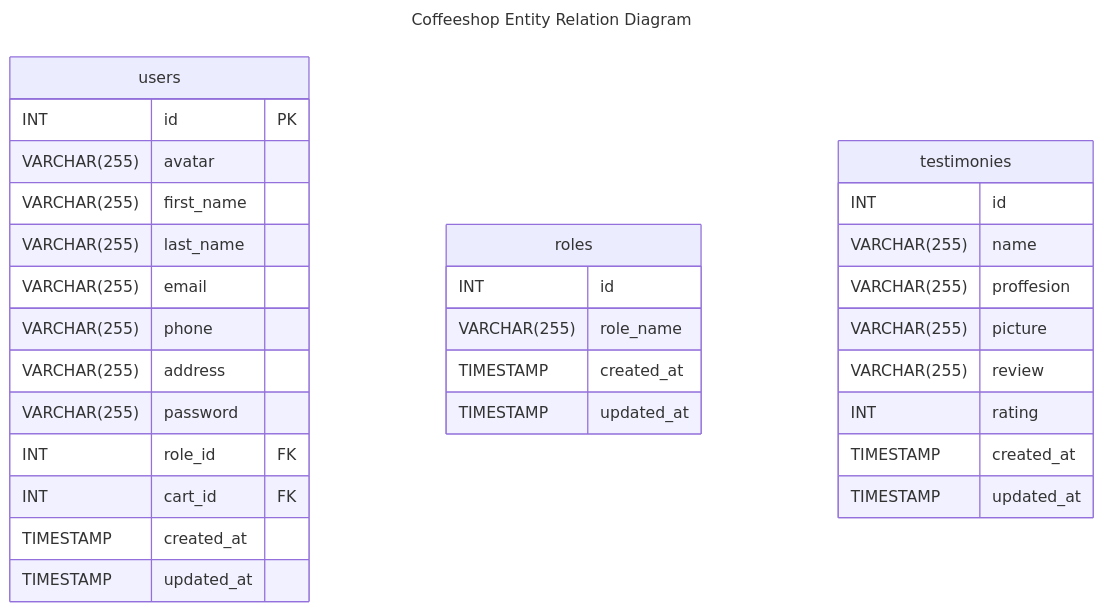
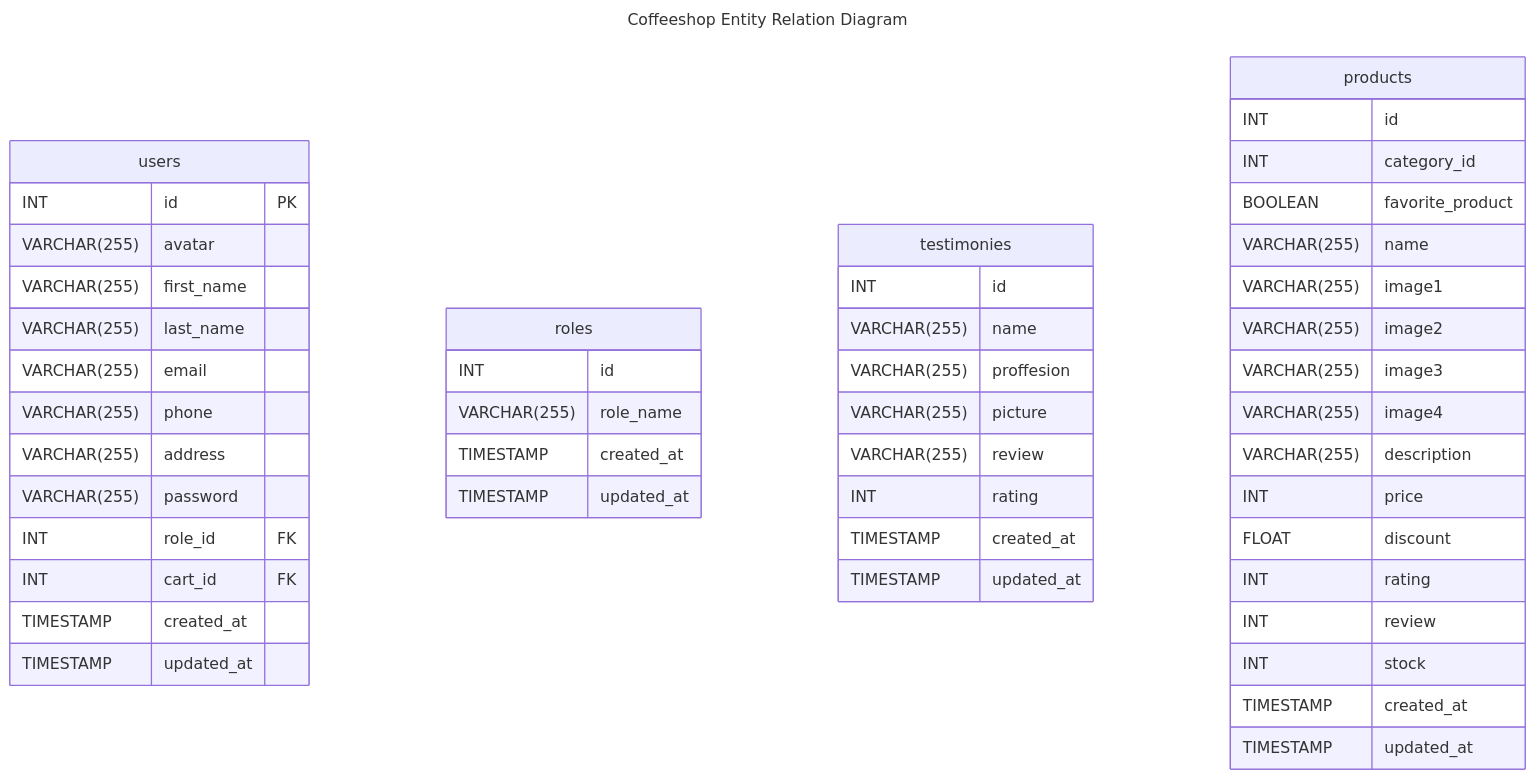
The diagram in readme.md (rezafauzan/koda-b6-db), drawn with Mermaid before and after one commit.

Commit message:
Feat: add new entity products

````diff
--- a/readme.md
+++ b/readme.md
@@ -2,39 +2,58 @@
 ```mermaid
 ---
 title: Coffeeshop Entity Relation Diagram
 ---
     erDiagram
 
     users {
         INT id PK 
         VARCHAR(255) avatar
         VARCHAR(255) first_name
         VARCHAR(255) last_name
         VARCHAR(255) email
         VARCHAR(255) phone
         VARCHAR(255) address
         VARCHAR(255) password
         INT role_id FK
         INT cart_id FK
         TIMESTAMP created_at
         TIMESTAMP updated_at
     }
 
     roles{
         INT id 
         VARCHAR(255) role_name
         TIMESTAMP created_at
         TIMESTAMP updated_at
     }
 
     testimonies {
         INT id
         VARCHAR(255) name
         VARCHAR(255) proffesion
         VARCHAR(255) picture
         VARCHAR(255) review
         INT rating
         TIMESTAMP created_at
         TIMESTAMP updated_at
     }
+    
+    products {
+        INT id
+        INT category_id
+        BOOLEAN favorite_product
+        VARCHAR(255) name
+        VARCHAR(255) image1
+        VARCHAR(255) image2
+        VARCHAR(255) image3
+        VARCHAR(255) image4
+        VARCHAR(255) description
+        INT price
+        FLOAT discount
+        INT rating
+        INT review
+        INT stock
+        TIMESTAMP created_at
+        TIMESTAMP updated_at
+    }
 ```
````
